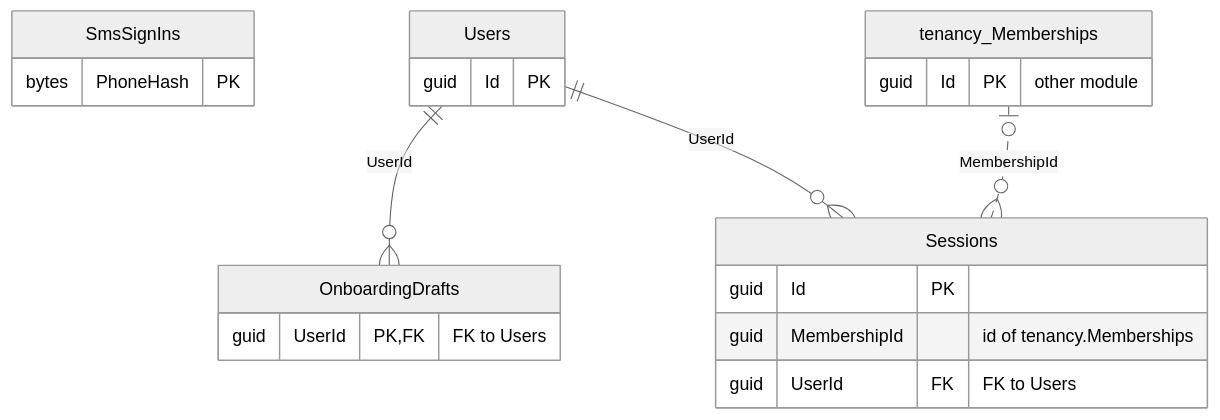
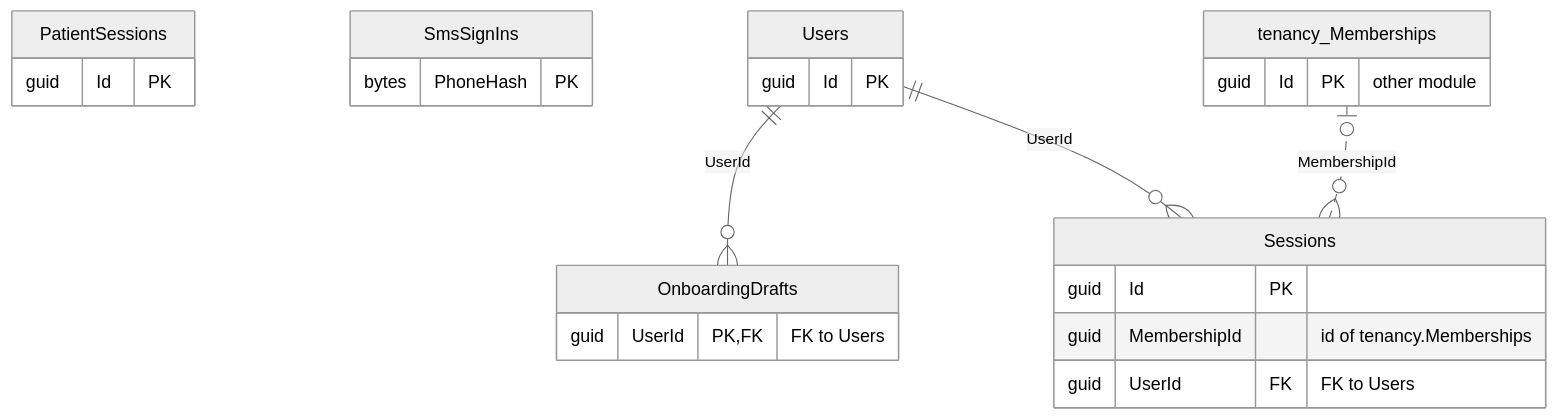
One commit to ALFRED-LUCIFER/medvya changed the fifth of 14 diagrams in docs/03-architecture/erd.md. Above: the diagram before and after it, drawn with Mermaid (neutral theme). The commit also changed other lines of this file and 70 other files, not shown here.

First line of the commit message:
MDV-P5-033, MDV-P5-032, MDV-P5-034: patient sessions after an SMS code (ADR-020), device labels, EAS preview builds ready, sign-out race fixed (#1377)

````diff
--- a/docs/03-architecture/erd.md
+++ b/docs/03-architecture/erd.md
@@ -613,23 +614,26 @@
 ```mermaid
 erDiagram
   OnboardingDrafts {
     guid UserId PK, FK "FK to Users"
+  }
+  PatientSessions {
+    guid Id PK
   }
   SmsSignIns {
     bytes PhoneHash PK
   }
   Sessions {
     guid Id PK
     guid MembershipId "id of tenancy.Memberships"
     guid UserId FK "FK to Users"
   }
   Users {
     guid Id PK
   }
   tenancy_Memberships {
     guid Id PK "other module"
   }
   Users ||--o{ OnboardingDrafts : "UserId"
   Users ||--o{ Sessions : "UserId"
   tenancy_Memberships |o..o{ Sessions : "MembershipId"
 ```
````
